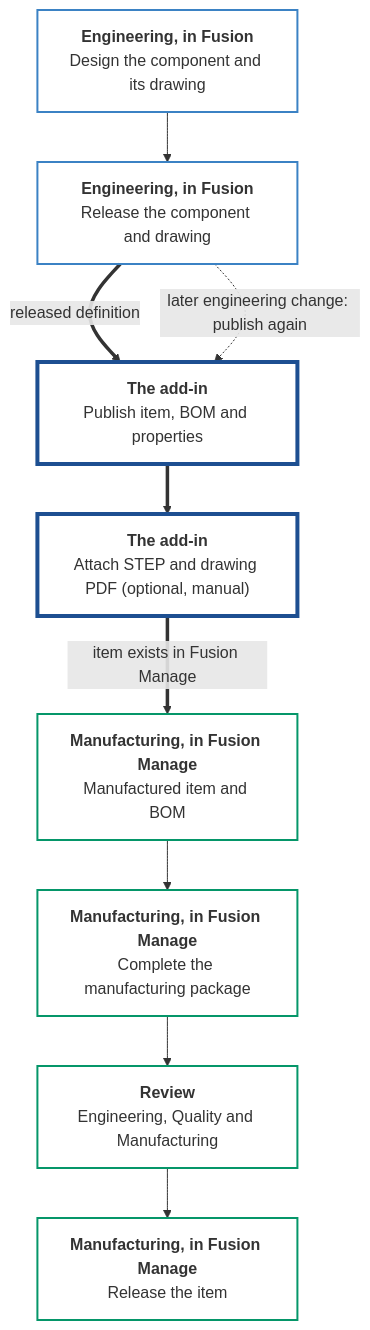
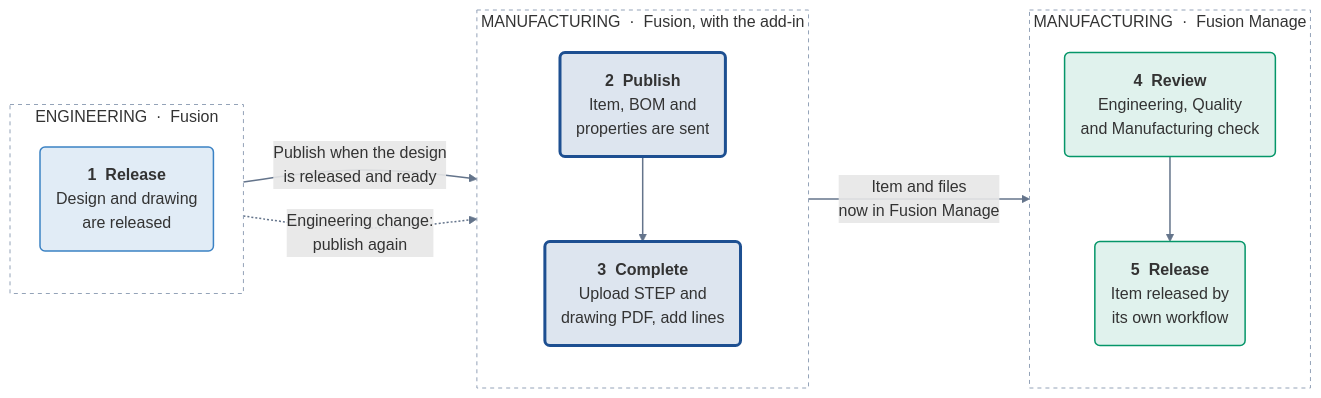
The diagram in docs/getting-started/workflow.md (AHoop91/FusionToFusionManageAddon), drawn with Mermaid before and after one commit. The commit also changed other lines of this file, not shown here.

Commit message:
Clarify the End-to-End Workflow introduction and diagram
Replace the opening with a short version and a who-does-what table, and
redraw the workflow diagram as three lanes showing who acts at each
stage, when to publish, and the publish-again loop.

````diff
--- a/docs/getting-started/workflow.md
+++ b/docs/getting-started/workflow.md
@@ -29,27 +41,37 @@
 ```mermaid
-flowchart TB
-    E1["<b>Engineering, in Fusion</b><br/>Design the component and its drawing"]
-    E2["<b>Engineering, in Fusion</b><br/>Release the component and drawing"]
-    B1["<b>The add-in</b><br/>Publish item, BOM and properties"]
-    B2["<b>The add-in</b><br/>Attach STEP and drawing PDF (optional, manual)"]
-    M1["<b>Manufacturing, in Fusion Manage</b><br/>Manufactured item and BOM"]
-    M2["<b>Manufacturing, in Fusion Manage</b><br/>Complete the manufacturing package"]
-    M3["<b>Review</b><br/>Engineering, Quality and Manufacturing"]
-    M4["<b>Manufacturing, in Fusion Manage</b><br/>Release the item"]
+%%{init: {"flowchart": {"curve": "basis", "nodeSpacing": 40, "rankSpacing": 60, "padding": 16}}}%%
+flowchart LR
+    subgraph ENG["ENGINEERING &nbsp;·&nbsp; Fusion"]
+        direction TB
+        E1("<b>1 &nbsp;Release</b><br/>Design and drawing<br/>are released")
+    end
 
-    E1 --> E2
-    E2 ==>|"released definition"| B1
-    B1 ==> B2
-    B2 ==>|"item exists in Fusion Manage"| M1
-    M1 --> M2
-    M2 --> M3
-    M3 --> M4
-    E2 -. "later engineering change: publish again" .-> B1
+    subgraph BRIDGE["MANUFACTURING &nbsp;·&nbsp; Fusion, with the add-in"]
+        direction TB
+        P1("<b>2 &nbsp;Publish</b><br/>Item, BOM and<br/>properties are sent")
+        P2("<b>3 &nbsp;Complete</b><br/>Upload STEP and<br/>drawing PDF, add lines")
+        P1 --> P2
+    end
 
-    classDef eng fill:transparent,stroke:#3b82c4,stroke-width:2px
-    classDef bridge fill:transparent,stroke:#1d4f91,stroke-width:4px
-    classDef mfg fill:transparent,stroke:#059669,stroke-width:2px
-    class E1,E2 eng
-    class B1,B2 bridge
-    class M1,M2,M3,M4 mfg
+    subgraph MFG["MANUFACTURING &nbsp;·&nbsp; Fusion Manage"]
+        direction TB
+        M1("<b>4 &nbsp;Review</b><br/>Engineering, Quality<br/>and Manufacturing check")
+        M2("<b>5 &nbsp;Release</b><br/>Item released by<br/>its own workflow")
+        M1 --> M2
+    end
+
+    E1 ==>|"Publish when the design<br/>is released and ready"| P1
+    P2 ==>|"Item and files<br/>now in Fusion Manage"| M1
+    E1 -.->|"Engineering change:<br/>publish again"| P1
+
+    classDef eng fill:#3b82c426,stroke:#3b82c4,stroke-width:1.5px
+    classDef bridge fill:#1d4f9126,stroke:#1d4f91,stroke-width:3px
+    classDef mfg fill:#0596691f,stroke:#059669,stroke-width:1.5px
+    class E1 eng
+    class P1,P2 bridge
+    class M1,M2 mfg
+    style ENG fill:transparent,stroke:#94a3b8,stroke-dasharray:4 4
+    style BRIDGE fill:transparent,stroke:#94a3b8,stroke-dasharray:4 4
+    style MFG fill:transparent,stroke:#94a3b8,stroke-dasharray:4 4
+    linkStyle default stroke:#64748b,stroke-width:1.5px
 ```
````
